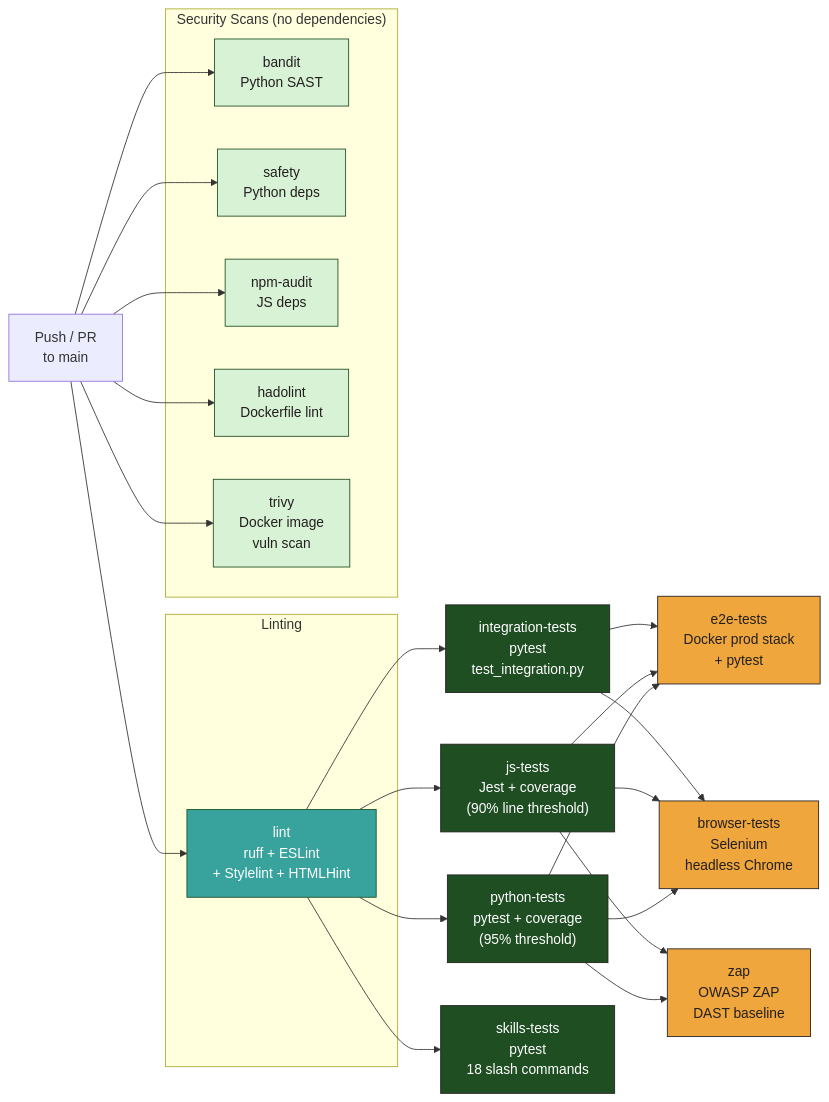
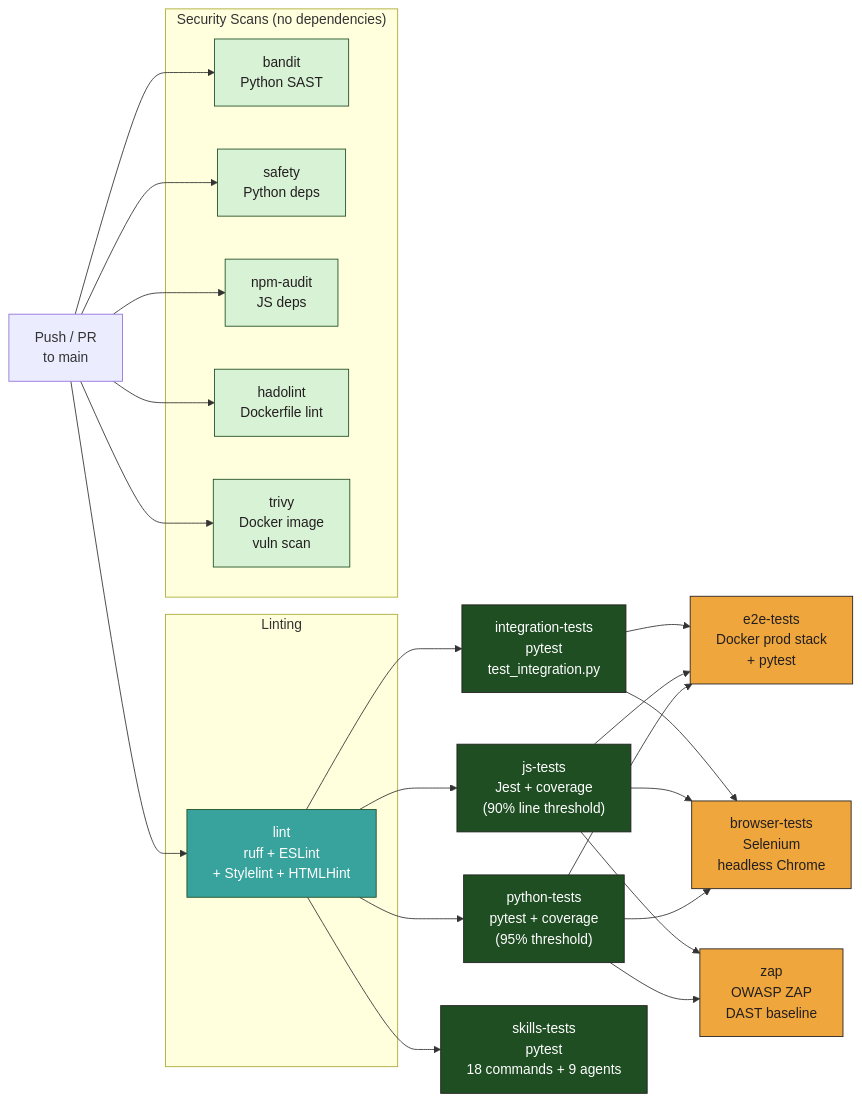
One commit to mgmarques/radiocalico changed the fifth of 6 diagrams in README.md. Above: the diagram before and after it, drawn with Mermaid. The commit also changed other lines of this file and 7 other files, not shown here.

````diff
--- a/README.md
+++ b/README.md
@@ -502,52 +502,52 @@
 ```mermaid
 graph LR
     Push["Push / PR<br/>to main"] --> lint
 
     subgraph Linting
         lint["lint<br/>ruff + ESLint<br/>+ Stylelint + HTMLHint"]
     end
 
     lint --> python-tests["python-tests<br/>pytest + coverage<br/>(95% threshold)"]
     lint --> integration-tests["integration-tests<br/>pytest<br/>test_integration.py"]
     lint --> js-tests["js-tests<br/>Jest + coverage<br/>(90% line threshold)"]
-    lint --> skills-tests["skills-tests<br/>pytest<br/>18 slash commands"]
+    lint --> skills-tests["skills-tests<br/>pytest<br/>18 commands + 9 agents"]
 
     python-tests --> e2e-tests["e2e-tests<br/>Docker prod stack<br/>+ pytest"]
     js-tests --> e2e-tests
     integration-tests --> e2e-tests
 
     python-tests --> browser-tests["browser-tests<br/>Selenium<br/>headless Chrome"]
     js-tests --> browser-tests
     integration-tests --> browser-tests
 
     python-tests --> zap["zap<br/>OWASP ZAP<br/>DAST baseline"]
     js-tests --> zap
 
     subgraph "Security Scans (no dependencies)"
         bandit["bandit<br/>Python SAST"]
         safety["safety<br/>Python deps"]
         npm-audit["npm-audit<br/>JS deps"]
         hadolint["hadolint<br/>Dockerfile lint"]
         trivy["trivy<br/>Docker image<br/>vuln scan"]
     end
 
     Push --> bandit
     Push --> safety
     Push --> npm-audit
     Push --> hadolint
     Push --> trivy
 
     style lint fill:#38A29D,stroke:#1F4E23,color:#FFFFFF
     style python-tests fill:#1F4E23,stroke:#231F20,color:#FFFFFF
     style integration-tests fill:#1F4E23,stroke:#231F20,color:#FFFFFF
     style js-tests fill:#1F4E23,stroke:#231F20,color:#FFFFFF
     style skills-tests fill:#1F4E23,stroke:#231F20,color:#FFFFFF
     style e2e-tests fill:#EFA63C,stroke:#231F20,color:#231F20
     style browser-tests fill:#EFA63C,stroke:#231F20,color:#231F20
     style zap fill:#EFA63C,stroke:#231F20,color:#231F20
     style bandit fill:#D8F2D5,stroke:#1F4E23,color:#231F20
     style safety fill:#D8F2D5,stroke:#1F4E23,color:#231F20
     style npm-audit fill:#D8F2D5,stroke:#1F4E23,color:#231F20
     style hadolint fill:#D8F2D5,stroke:#1F4E23,color:#231F20
     style trivy fill:#D8F2D5,stroke:#1F4E23,color:#231F20
 ```
````
